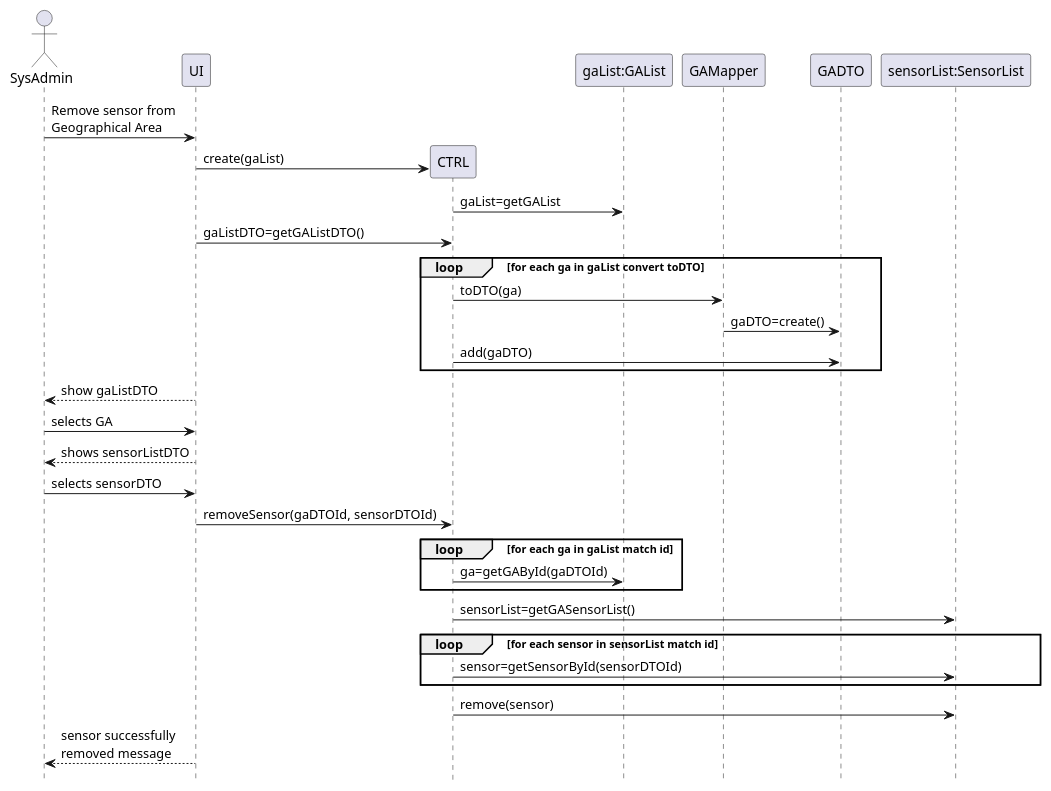
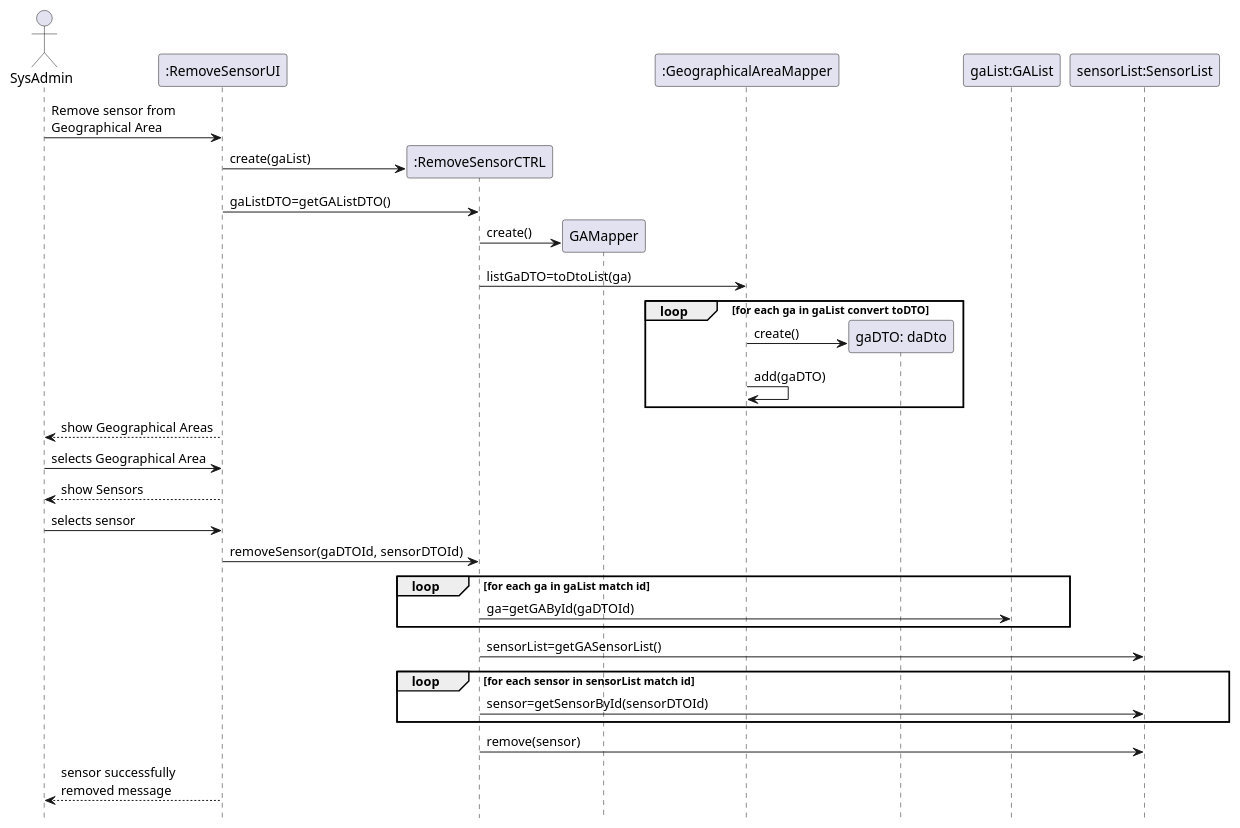
The diagram in src/main/java/smarthome/controller/sequenceDiagrams/sd_RemoveGASensor.puml (emanuel-pereira/hou), drawn with PlantUML before and after one commit.

Commit message:
ref #122 updated sequence diagram of remove sensor from geographical area.

```diff
--- a/src/main/java/smarthome/controller/sequenceDiagrams/sd_RemoveGASensor.puml
+++ b/src/main/java/smarthome/controller/sequenceDiagrams/sd_RemoveGASensor.puml
@@ -1,34 +1,39 @@
 @startuml
 
 
 
 hidefootbox
 actor SysAdmin
-SysAdmin -> UI:  Remove sensor from \nGeographical Area
-create UI
-create CTRL
-UI -> CTRL: create(gaList)
-CTRL->"gaList:GAList": gaList=getGAList
-UI->CTRL: gaListDTO=getGAListDTO()
+SysAdmin -> ":RemoveSensorUI":  Remove sensor from \nGeographical Area
+create ":RemoveSensorUI"
+create ":RemoveSensorCTRL"
+":RemoveSensorUI" -> ":RemoveSensorCTRL": create(gaList)
+":RemoveSensorUI"->":RemoveSensorCTRL": gaListDTO=getGAListDTO()
+create GAMapper
+":RemoveSensorCTRL"->GAMapper:create()
+":RemoveSensorCTRL"->":GeographicalAreaMapper":listGaDTO=toDtoList(ga)
+
+
 loop for each ga in gaList convert toDTO
-CTRL->GAMapper:toDTO(ga)
-GAMapper->GADTO:gaDTO=create()
-CTRL->GADTO:add(gaDTO)
+create "gaDTO: daDto"
+":GeographicalAreaMapper"->"gaDTO: daDto":create()
+
+":GeographicalAreaMapper"->":GeographicalAreaMapper":add(gaDTO)
 end
-SysAdmin<--UI: show gaListDTO
-SysAdmin -> UI: selects GA
+SysAdmin<--":RemoveSensorUI": show Geographical Areas
+SysAdmin -> ":RemoveSensorUI": selects Geographical Area
 
-SysAdmin<--UI:shows sensorListDTO
-SysAdmin->UI: selects sensorDTO
-UI->CTRL: removeSensor(gaDTOId, sensorDTOId)
+SysAdmin<--":RemoveSensorUI":show Sensors
+SysAdmin->":RemoveSensorUI": selects sensor
+":RemoveSensorUI"->":RemoveSensorCTRL": removeSensor(gaDTOId, sensorDTOId)
 loop for each ga in gaList match id
-CTRL->"gaList:GAList": ga=getGAById(gaDTOId)
+":RemoveSensorCTRL"->"gaList:GAList": ga=getGAById(gaDTOId)
 end
-CTRL->"sensorList:SensorList": sensorList=getGASensorList()
+":RemoveSensorCTRL"->"sensorList:SensorList": sensorList=getGASensorList()
 
 loop for each sensor in sensorList match id
-CTRL->"sensorList:SensorList": sensor=getSensorById(sensorDTOId)
+":RemoveSensorCTRL"->"sensorList:SensorList": sensor=getSensorById(sensorDTOId)
 end
-CTRL->"sensorList:SensorList":remove(sensor)
-SysAdmin<--UI:sensor successfully \nremoved message
+":RemoveSensorCTRL"->"sensorList:SensorList":remove(sensor)
+SysAdmin<--":RemoveSensorUI":sensor successfully \nremoved message
 @enduml
```
